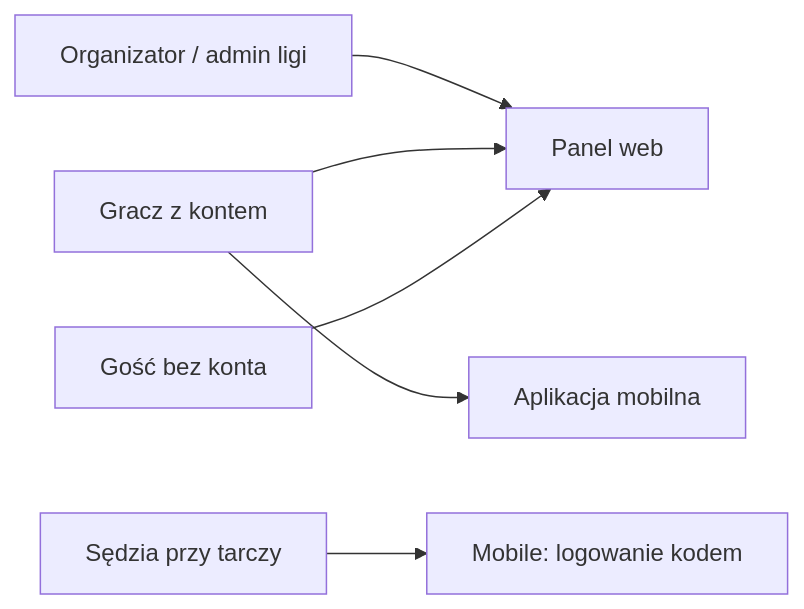
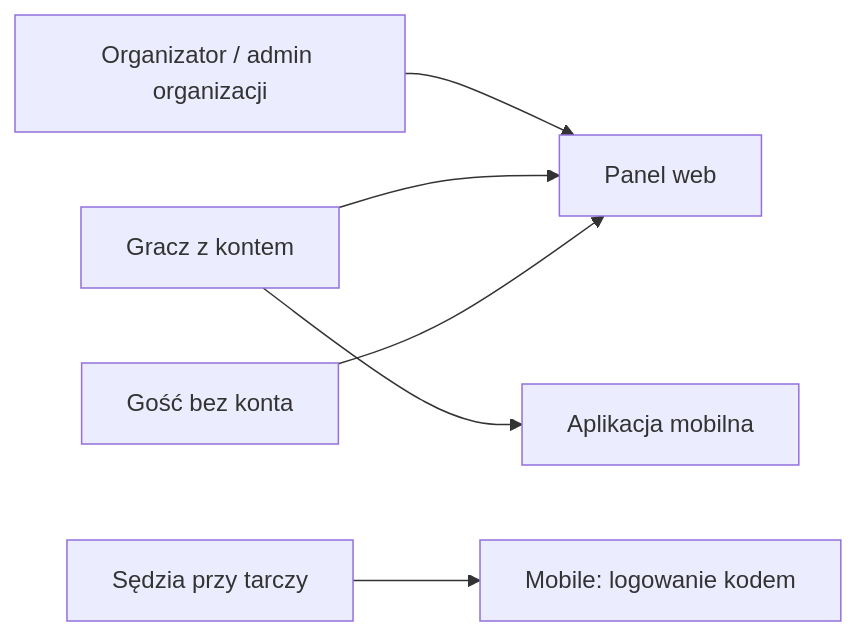
Before and after one commit to Vathh/twentySix: the diagram in docs/przewodnik.md, drawn with Mermaid. The commit also changed other lines of this file and 161 other files, not shown here.

````diff
--- a/docs/przewodnik.md
+++ b/docs/przewodnik.md
@@ -25,8 +25,8 @@
 ```mermaid
 flowchart LR
-  Org[Organizator / admin ligi] --> Web[Panel web]
+  Org[Organizator / admin organizacji] --> Web[Panel web]
   Gracz[Gracz z kontem] --> Web
   Gracz --> Mobile[Aplikacja mobilna]
   Sedzia[Sędzia przy tarczy] --> Tablet[Mobile: logowanie kodem]
   Kibic[Gość bez konta] --> Web
 ```
````
